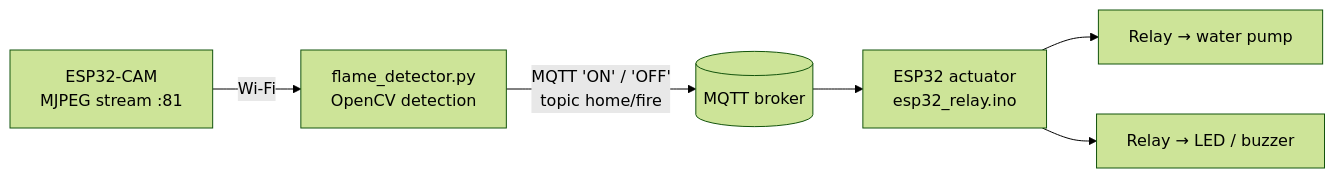
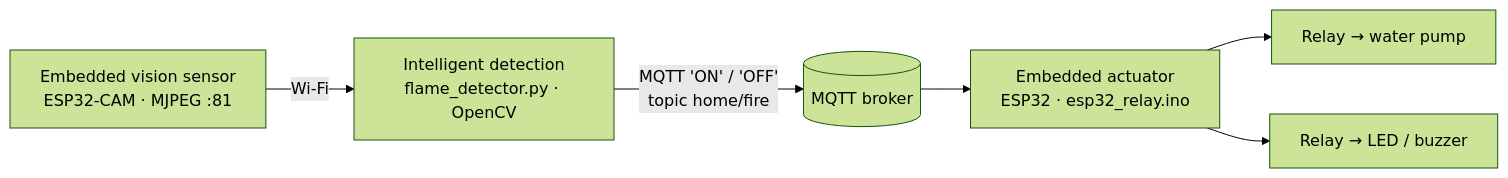
The diagram in README.md (yosrarhim/IoT-AI-Fire-Extinguisher-System), drawn with Mermaid (forest theme) before and after one commit. The commit also changed other lines of this file and 2 other files, not shown here.

Commit message:
Highlight the Embedded x AI design in README and code headers

````diff
--- a/README.md
+++ b/README.md
@@ -15,8 +23,8 @@
 ```mermaid
 flowchart LR
-    CAM["ESP32-CAM<br/>MJPEG stream :81"] -- Wi-Fi --> PY["flame_detector.py<br/>OpenCV detection"]
+    CAM["Embedded vision sensor<br/>ESP32-CAM · MJPEG :81"] -- Wi-Fi --> PY["Intelligent detection<br/>flame_detector.py · OpenCV"]
     PY -- "MQTT 'ON' / 'OFF'<br/>topic home/fire" --> BRK[("MQTT broker")]
-    BRK --> ESP["ESP32 actuator<br/>esp32_relay.ino"]
+    BRK --> ESP["Embedded actuator<br/>ESP32 · esp32_relay.ino"]
     ESP --> P["Relay → water pump"]
     ESP --> A["Relay → LED / buzzer"]
 ```
````
